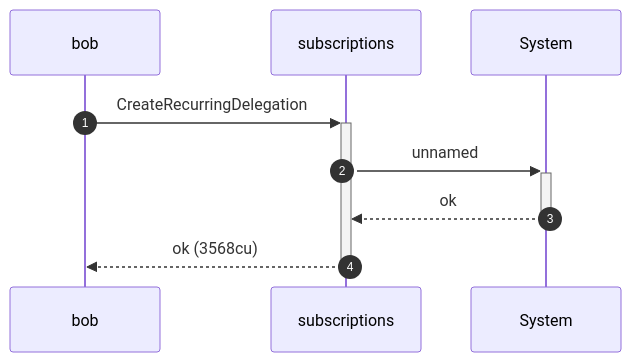
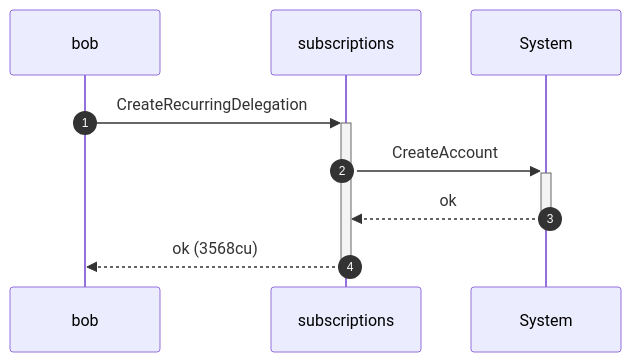
Diagram 14 of 16 in dsl_tests/recurring-transfer-delegator-mismatch-exploit-is-blocked.md (cds-rs/subscriptions), drawn with Mermaid before and after one commit. The commit also changed other lines of this file and 219 other files, not shown here.

````diff
--- a/dsl_tests/recurring-transfer-delegator-mismatch-exploit-is-blocked.md
+++ b/dsl_tests/recurring-transfer-delegator-mismatch-exploit-is-blocked.md
@@ -272,11 +272,11 @@
 ```mermaid
 sequenceDiagram
     autonumber
     participant bob
     participant subscriptions
     participant System
     bob ->>+ subscriptions: CreateRecurringDelegation
-    subscriptions ->>+ System: unnamed
+    subscriptions ->>+ System: CreateAccount
     System -->>- subscriptions: ok
     subscriptions -->>- bob: ok (3568cu)
 ```
````
